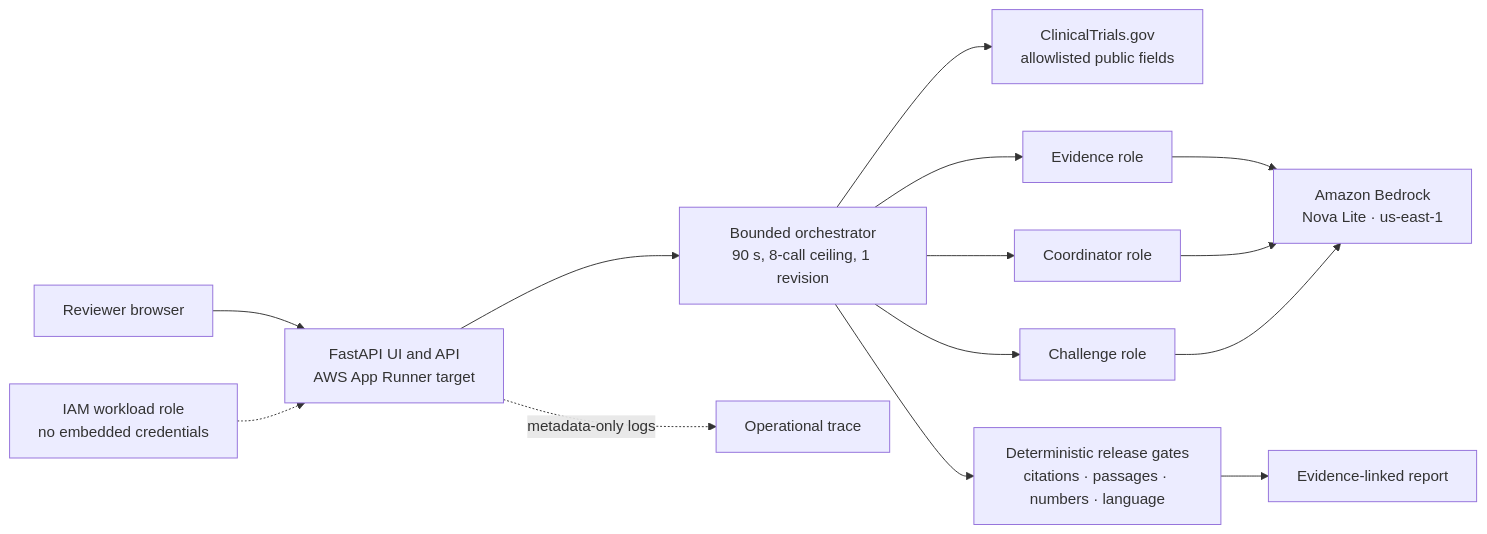
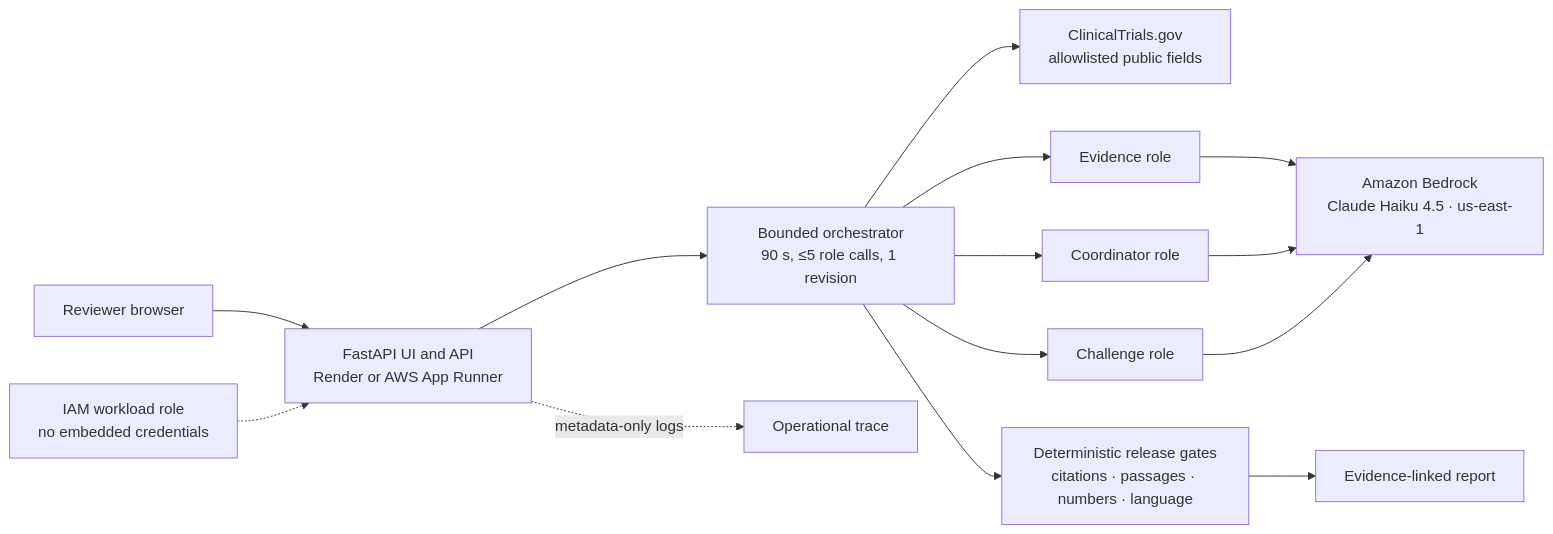
Before and after one commit to shubhamkragrawal/TrialGuard: the diagram in README.md, drawn with Mermaid. The commit also changed other lines of this file and 24 other files, not shown here.

````diff
--- a/README.md
+++ b/README.md
@@ -35,16 +35,16 @@
 ```mermaid
 flowchart LR
-    U[Reviewer browser] --> A[FastAPI UI and API<br/>AWS App Runner target]
-    A --> O[Bounded orchestrator<br/>90 s, 8-call ceiling, 1 revision]
+    U[Reviewer browser] --> A[FastAPI UI and API<br/>Render or AWS App Runner]
+    A --> O[Bounded orchestrator<br/>90 s, ≤5 role calls, 1 revision]
     O --> R[ClinicalTrials.gov<br/>allowlisted public fields]
     O --> E[Evidence role]
     O --> C[Coordinator role]
     O --> H[Challenge role]
-    E --> B[Amazon Bedrock<br/>Nova Lite · us-east-1]
+    E --> B[Amazon Bedrock<br/>Claude Haiku 4.5 · us-east-1]
     C --> B
     H --> B
     O --> G[Deterministic release gates<br/>citations · passages · numbers · language]
     G --> P[Evidence-linked report]
     I[IAM workload role<br/>no embedded credentials] -.-> A
     A -. metadata-only logs .-> L[Operational trace]
 ```
````
